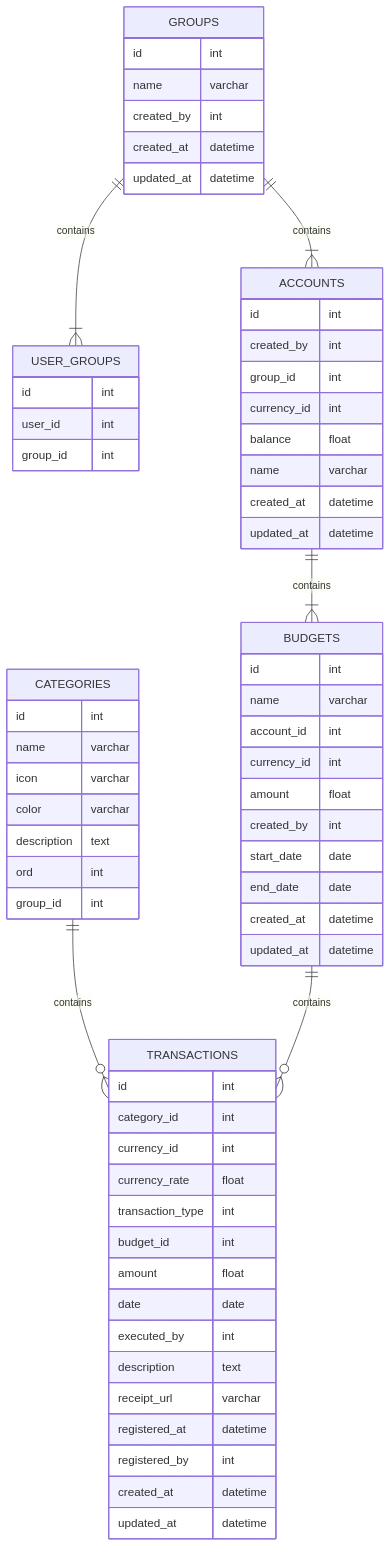
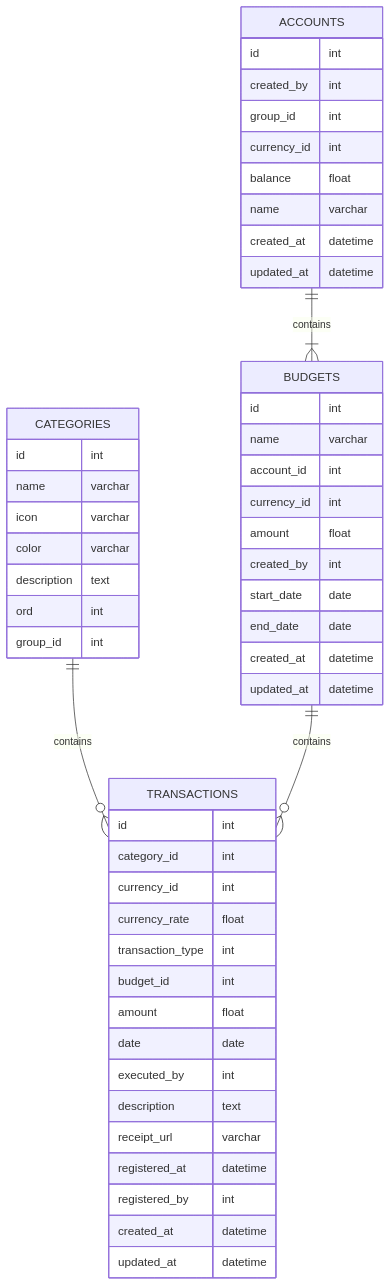
One commit to prulloac/fineasy changed the third of 6 diagrams in docs/SCHEMA.md. Above: the diagram before and after it, drawn with Mermaid. The commit also changed other lines of this file and 20 other files, not shown here.

````diff
--- a/docs/SCHEMA.md
+++ b/docs/SCHEMA.md
@@ -95,76 +143,60 @@
 ```mermaid
 
 erDiagram
-    GROUPS {
-        id int
-        name varchar
-        created_by int
-        created_at datetime
-        updated_at datetime
-    }
-
-    USER_GROUPS {
-        id int
-        user_id int
-        group_id int
-    }
-
     ACCOUNTS {
         id int
         created_by int
         group_id int
         currency_id int
         balance float
         name varchar
         created_at datetime
         updated_at datetime
     }
 
     BUDGETS {
         id int
         name varchar
         account_id int
         currency_id int
         amount float
         created_by int
         start_date date
         end_date date
         created_at datetime
         updated_at datetime
     }
 
     CATEGORIES {
         id int
         name varchar
         icon varchar
         color varchar
         description text
         ord int
         group_id int
     }
 
     TRANSACTIONS {
         id int
         category_id int
         currency_id int
         currency_rate float
         transaction_type int
         budget_id int
         amount float
         date date
         executed_by int
         description text
         receipt_url varchar
         registered_at datetime
         registered_by int
         created_at datetime
         updated_at datetime
     }
 
-    GROUPS ||--|{ USER_GROUPS : contains
-    GROUPS ||--|{ ACCOUNTS : contains
     ACCOUNTS ||--|{ BUDGETS : contains
     CATEGORIES ||--o{ TRANSACTIONS : contains
     BUDGETS ||--o{ TRANSACTIONS : contains
 
 ```
````
